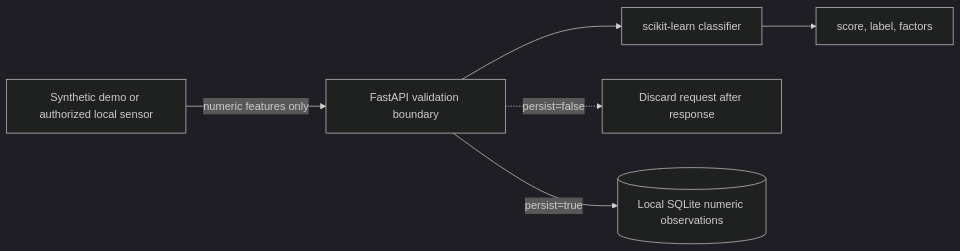
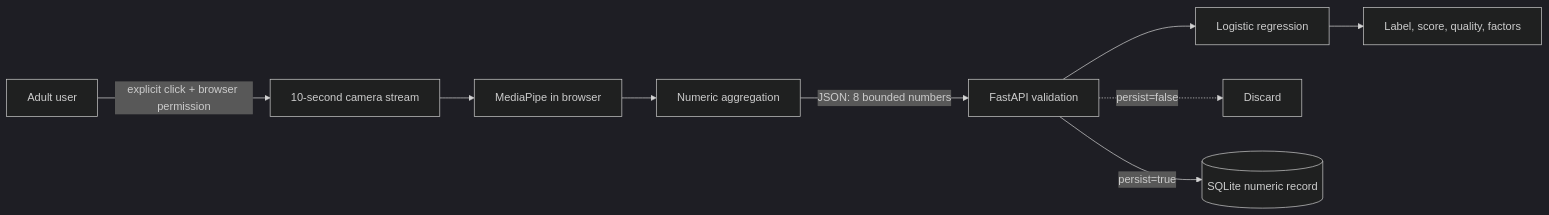
Before and after one commit to MontassarBenMesmia/focuslens-ai: the diagram in docs/architecture.md, drawn with Mermaid (dark theme). The commit also changed other lines of this file and 28 other files, not shown here.

````diff
--- a/docs/architecture.md
+++ b/docs/architecture.md
@@ -5,8 +5,11 @@
 ```mermaid
 flowchart LR
-    S[Synthetic demo or authorized local sensor] -->|numeric features only| API[FastAPI validation boundary]
-    API --> MODEL[scikit-learn classifier]
-    MODEL --> EXPLAIN[score, label, factors]
-    API -. persist=false .-> DISCARD[Discard request after response]
-    API -->|persist=true| DB[(Local SQLite numeric observations)]
+    U[Adult user] -->|explicit click + browser permission| C[10-second camera stream]
+    C --> M[MediaPipe in browser]
+    M --> A[Numeric aggregation]
+    A -->|JSON: 8 bounded numbers| API[FastAPI validation]
+    API --> ML[Logistic regression]
+    ML --> R[Label, score, quality, factors]
+    API -. persist=false .-> X[Discard]
+    API -->|persist=true| DB[(SQLite numeric record)]
 ```
````
